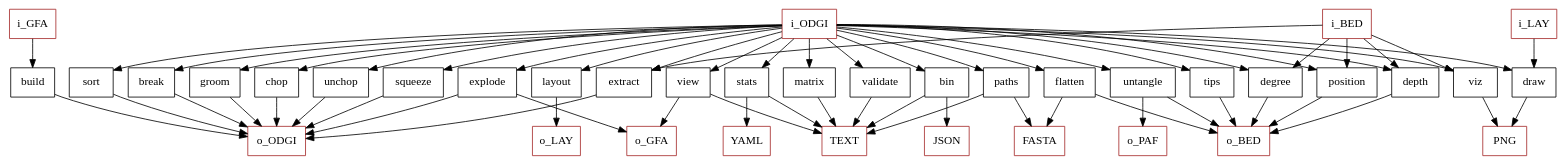
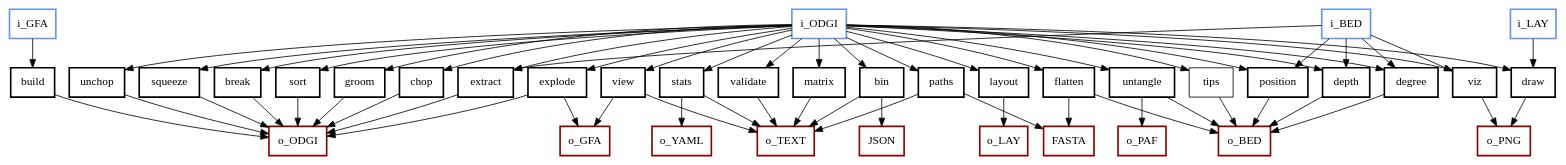
The diagram in manuscript/fig/odgi_tools.dot (pangenome/odgi-paper), drawn with Graphviz before and after one commit. The commit also changed 1 other file, not shown here.

Commit message:
a bit more appealing graph

```diff
--- a/manuscript/fig/odgi_tools.dot
+++ b/manuscript/fig/odgi_tools.dot
@@ -1,90 +1,120 @@
 digraph sample {
 	node [
 		shape=box
 		color=black
 	]
 /*
 	build [color = red]
 	view [color = red]
 
 	validate [color = green]
 
 	stats [color = blue]
 	bin [color = blue]
 	depth [color = blue]
 	degree [color = blue]
   	matrix [color = blue]
     paths [color = blue]
     flatten [color = blue]
 
     break [color = brown]
 	groom [color = brown]
 	chop [color = brown]
 	unchop [color = brown]
 	explode [color = brown]
 	squeeze [color = brown]
 	extract [color = brown]
 
 	position [color = red]
     untangle [color = red]
 
 	viz [color = cyan]
 	sort [color = cyan]
 	layout [color = cyan]
 	draw [color = cyan]
 */
-	i_GFA [color = brown]
-	i_ODGI [color = brown]
-	i_BED [color = brown]
-	i_LAY [color = brown]
-	o_GFA [color = brown]
-	o_ODGI [color = brown]
-	TEXT [color = brown]
-	YAML [color = brown]
-	FASTA [color = brown]
-	JSON [color = brown]
-	o_BED [color = brown]
-	o_PAF [color = brown]
-	o_LAY [color = brown]
-	PNG [color = brown]
+
+	build [penwidth = 2]
+	view [penwidth = 2]
+
+	validate [penwidth = 2]
+
+	stats [penwidth = 2]
+	bin [penwidth = 2]
+	depth [penwidth = 2]
+	degree [penwidth = 2]
+  	matrix [penwidth = 2]
+    paths [penwidth = 2]
+    flatten [penwidth = 2]
+
+    break [penwidth = 2]
+	groom [penwidth = 2]
+	chop [penwidth = 2]
+	unchop [penwidth = 2]
+	explode [penwidth = 2]
+	squeeze [penwidth = 2]
+	extract [penwidth = 2]
+
+	position [penwidth = 2]
+    untangle [penwidth = 2]
+
+	viz [penwidth = 2]
+	sort [penwidth = 2]
+	layout [penwidth = 2]
+	draw [penwidth = 2]
+
+	i_GFA [color = cornflowerblue, penwidth = 2]
+	i_ODGI [color = cornflowerblue, penwidth = 2]
+	i_BED [color = cornflowerblue, penwidth = 2]
+	i_LAY [color = cornflowerblue, penwidth = 2]
+	o_GFA [color = darkred, penwidth = 2]
+	o_ODGI [color = darkred, penwidth = 2]
+	o_TEXT [color = darkred, penwidth = 2]
+	o_YAML [color = darkred, penwidth = 2]
+	FASTA [color = darkred, penwidth = 2]
+	JSON [color = darkred, penwidth = 2]
+	o_BED [color = darkred, penwidth = 2]
+	o_PAF [color = darkred, penwidth = 2]
+	o_LAY [color = darkred, penwidth = 2]
+	o_PNG [color = darkred, penwidth = 2]
 
 	i_GFA -> build
 	//i_GFA -> {view, validate, stats, bin, depth, degree, flatten, break, groom, chop, unchop, explode, squeeze, extract, position, viz, sort, layout, draw, untangle, matrix, paths, tips}
 	i_ODGI -> {view, validate, stats, bin, depth, degree, flatten, break, groom, chop, unchop, explode, squeeze, extract, position, viz, sort, layout, draw, untangle, matrix, paths, tips}
 	i_BED -> {depth, degree, extract, position, viz}
     i_LAY -> {draw}
     //XP -> {server}
 
 	build -> o_ODGI
 	view ->  o_GFA
-	view ->  TEXT
-	validate -> TEXT
-	stats -> TEXT
-	stats -> YAML
-    matrix -> TEXT
+	view ->  o_TEXT
+	validate -> o_TEXT
+	stats -> o_TEXT
+	stats -> o_YAML
+    matrix -> o_TEXT
     paths -> FASTA
-    paths -> TEXT
+    paths -> o_TEXT
 	bin -> JSON
-	bin -> TEXT
+	bin -> o_TEXT
 	depth -> o_BED
 	degree -> o_BED
     flatten -> o_BED
     flatten -> FASTA
 	break -> o_ODGI
 	groom -> o_ODGI
 	chop -> o_ODGI
 	unchop -> o_ODGI
 	explode -> o_ODGI
 	explode -> o_GFA
 	squeeze -> o_ODGI
 	extract -> o_ODGI
 	position -> o_BED
-	viz -> PNG
+	viz -> o_PNG
 	sort -> o_ODGI
 	layout -> o_LAY
-	draw -> PNG
+	draw -> o_PNG
     untangle -> o_BED
     untangle -> o_PAF
     tips -> o_BED
-    //server -> TEXT
+    //server -> o_TEXT
 }
```
